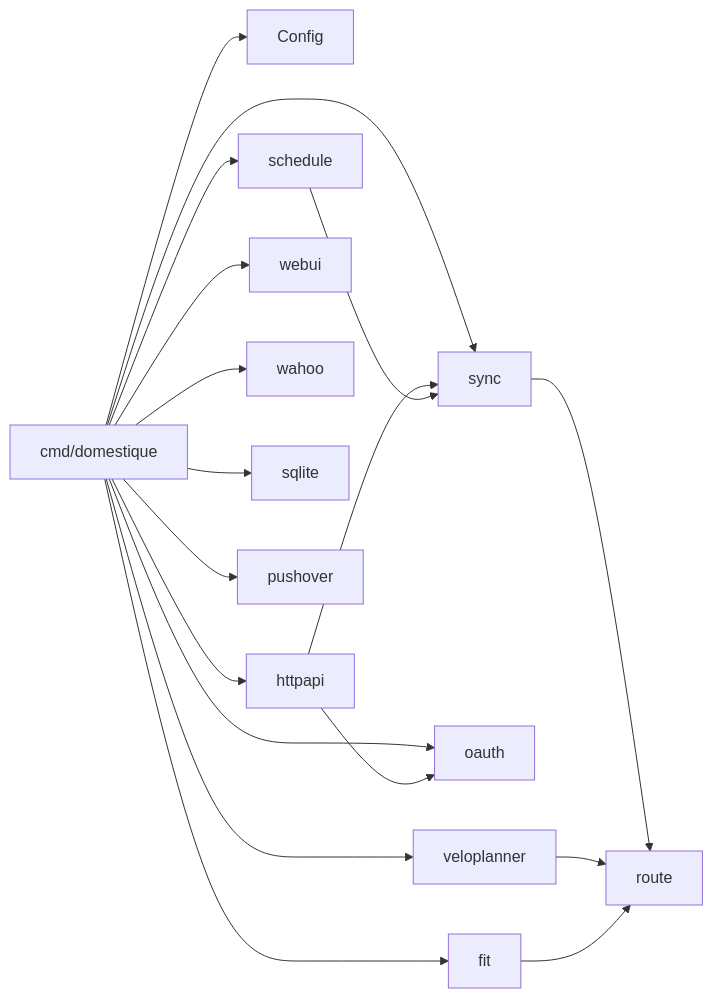
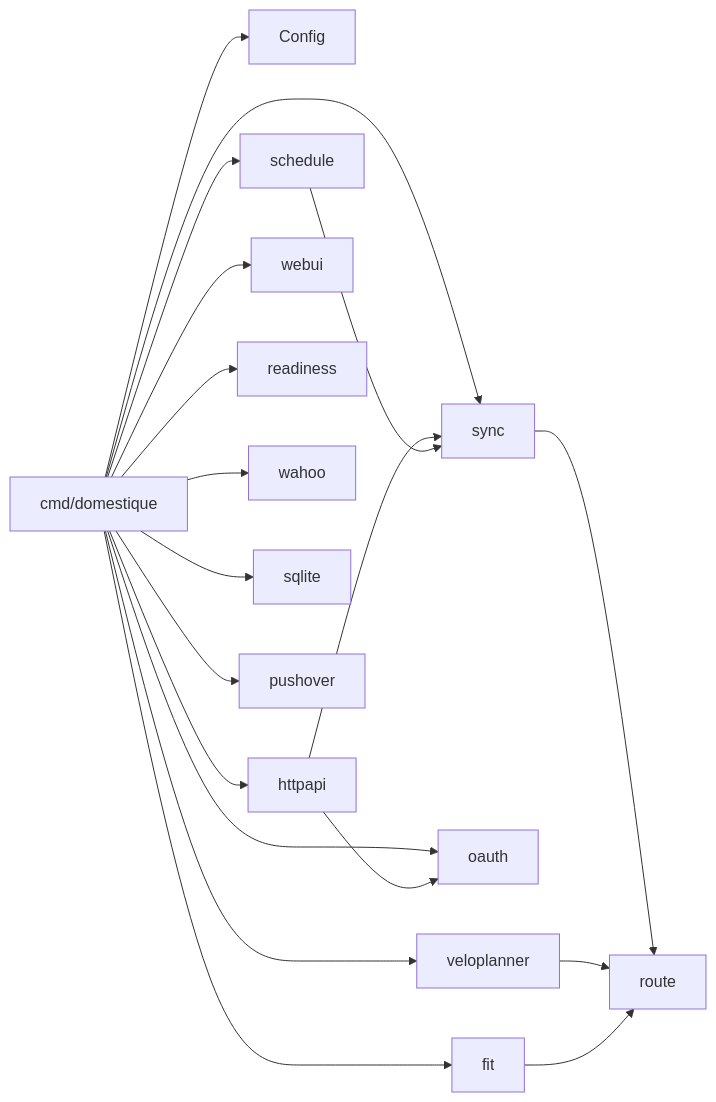
One commit to nobbs/domestique changed the diagram in docs/specs/implementation-architecture.md. Above: the diagram before and after it, drawn with Mermaid. The commit also changed other lines of this file and 20 other files, not shown here.

```diff
--- a/docs/specs/implementation-architecture.md
+++ b/docs/specs/implementation-architecture.md
@@ -175,25 +177,26 @@
 ~~~mermaid
 flowchart LR
     Main["cmd/domestique"] --> Config
     Main --> HTTP
     Main --> Schedule
     Main --> Sync
     Main --> OAuth
 
     HTTP["httpapi"] --> Sync["sync"]
     HTTP --> OAuth["oauth"]
     Schedule["schedule"] --> Sync
 
     Main --> WebUI["webui"]
+    Main --> Readiness["readiness"]
 
     Sync --> Route["route"]
 
     VP["veloplanner"] --> Route
     FIT["fit"] --> Route
 
     Main --> VP
     Main --> FIT
     Main --> Wahoo["wahoo"]
     Main --> SQLite["sqlite"]
     Main --> Pushover["pushover"]
 ~~~
```
